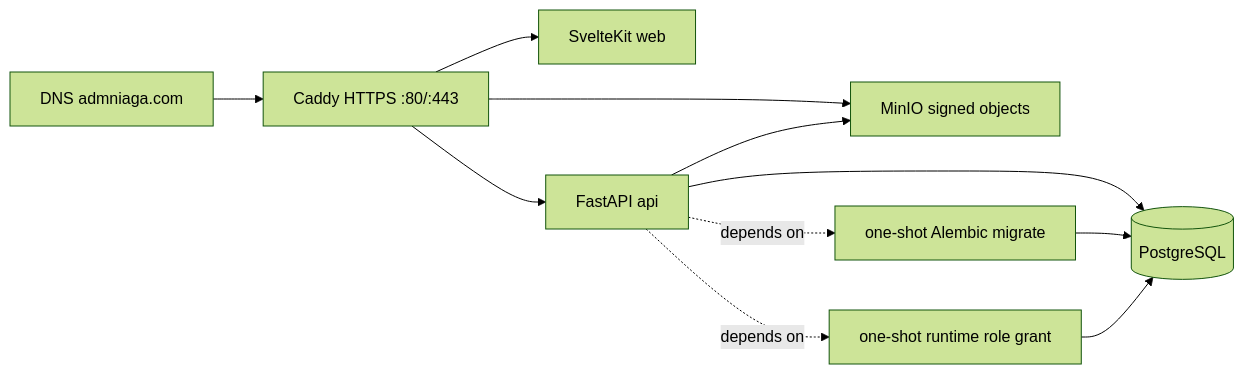
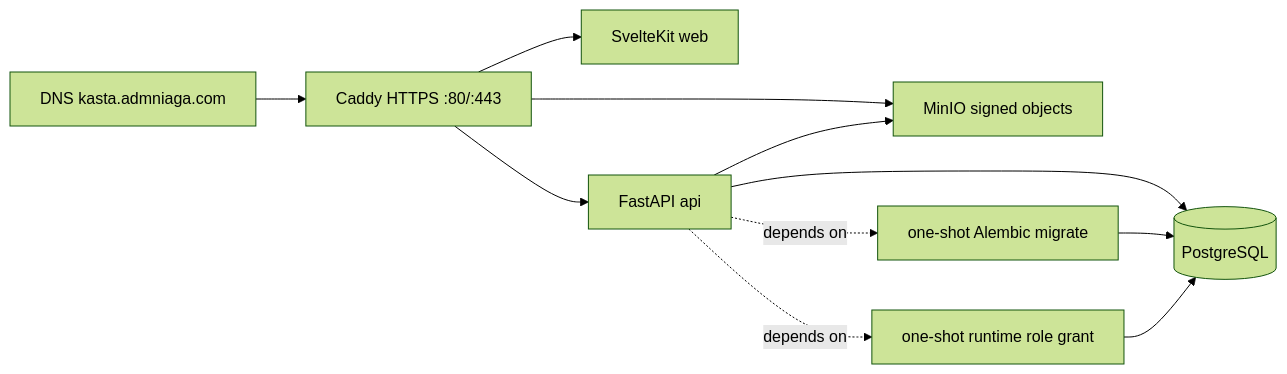
One commit to restujatisaputro/kasta changed the diagram in documentation/deployment.md. Above: the diagram before and after it, drawn with Mermaid (forest theme). The commit also changed other lines of this file and 4 other files, not shown here.

````diff
--- a/documentation/deployment.md
+++ b/documentation/deployment.md
@@ -9,13 +9,13 @@
 ```mermaid
 flowchart LR
-    DNS[DNS admniaga.com] --> Caddy[Caddy HTTPS :80/:443]
+    DNS[DNS kasta.admniaga.com] --> Caddy[Caddy HTTPS :80/:443]
     Caddy --> Web[SvelteKit web]
     Caddy --> API[FastAPI api]
     Caddy --> Minio[MinIO signed objects]
     API --> PG[(PostgreSQL)]
     API --> Minio
     Migrate[one-shot Alembic migrate] --> PG
     Role[one-shot runtime role grant] --> PG
     API -. depends on .-> Migrate
     API -. depends on .-> Role
 ```
````
